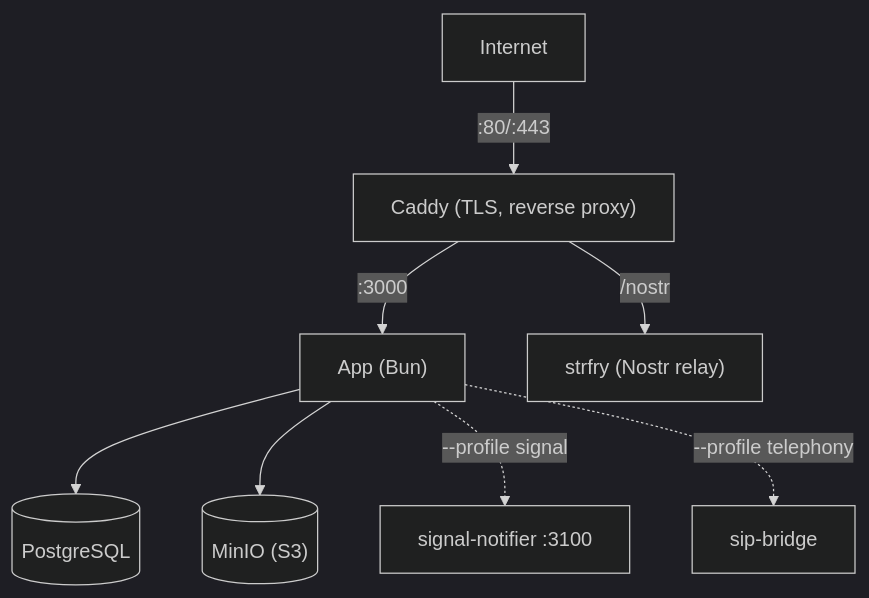
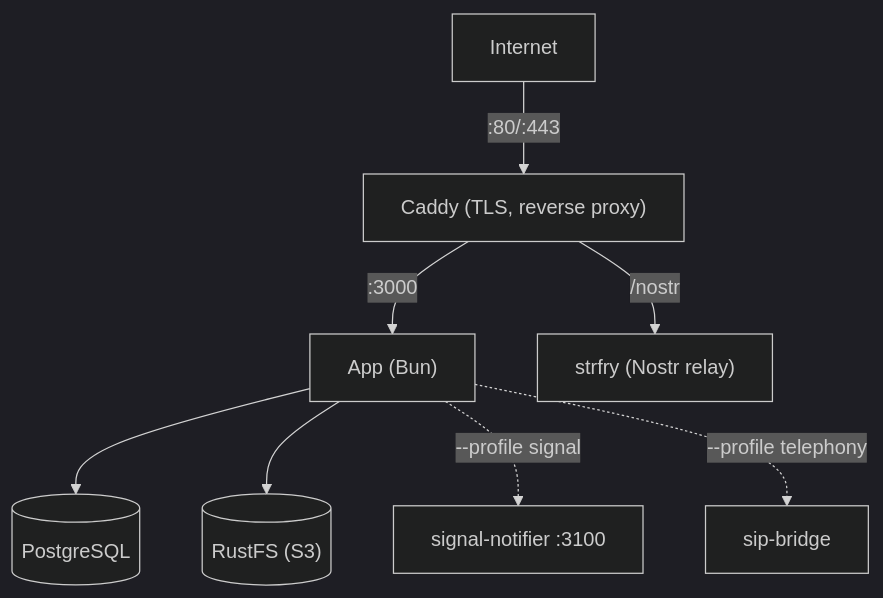
One commit to rhonda-rodododo/llamenos-platform changed the diagram in site/src/content/docs/en/deploy/docker.md. Above: the diagram before and after it, drawn with Mermaid (dark theme). The commit also changed other lines of this file and 128 other files, not shown here.

First line of the commit message:
refactor: replace MinIO with RustFS for S3-compatible object storage

````diff
--- a/site/src/content/docs/en/deploy/docker.md
+++ b/site/src/content/docs/en/deploy/docker.md
@@ -237,10 +237,10 @@
 ```mermaid
 flowchart TD
     Internet -->|":80/:443"| Caddy["Caddy (TLS, reverse proxy)"]
     Caddy -->|":3000"| App["App (Bun)"]
     Caddy -->|"/nostr"| Strfry["strfry (Nostr relay)"]
     App --> PostgreSQL[("PostgreSQL")]
-    App --> MinIO[("MinIO (S3)")]
+    App --> RustFS[("RustFS (S3)")]
     App -.->|"--profile signal"| SignalNotifier["signal-notifier :3100"]
     App -.->|"--profile telephony"| SipBridge["sip-bridge"]
 ```
````
